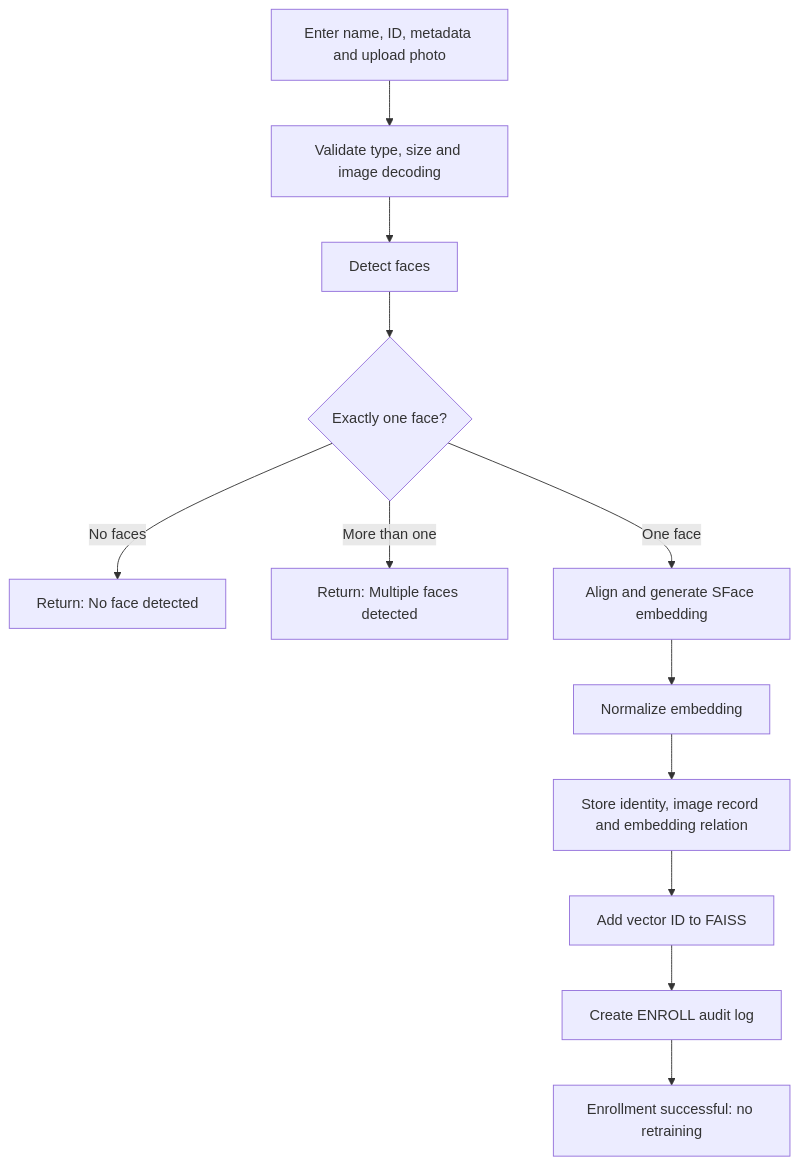
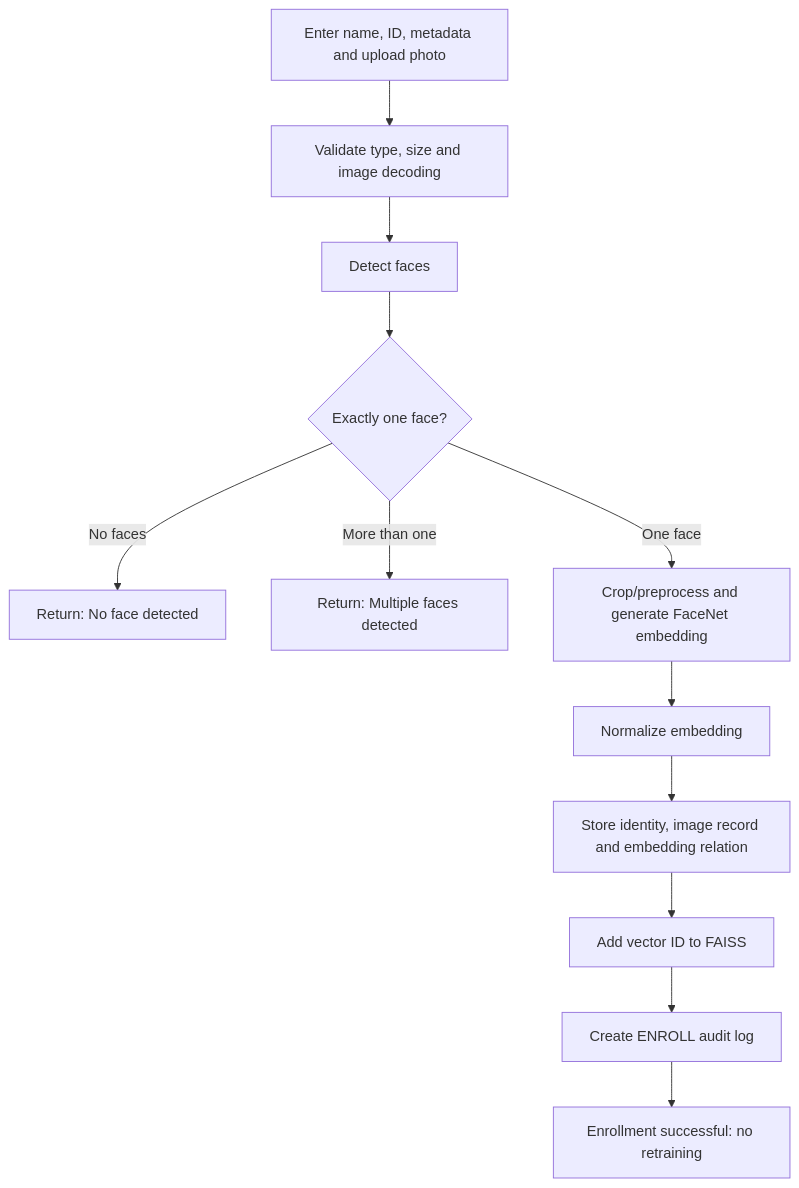
The third of 6 diagrams in README.md (Vedulaudayeaswar/faceview), drawn with Mermaid before and after one commit. The commit also changed other lines of this file and 15 other files, not shown here.

Commit message:
Replace YuNet SFace pipeline with YOLO FaceNet

````diff
--- a/README.md
+++ b/README.md
@@ -200,14 +206,14 @@
 ```mermaid
 flowchart TD
     A[Enter name, ID, metadata and upload photo] --> B[Validate type, size and image decoding]
     B --> C[Detect faces]
     C --> D{Exactly one face?}
     D -->|No faces| E[Return: No face detected]
     D -->|More than one| F[Return: Multiple faces detected]
-    D -->|One face| G[Align and generate SFace embedding]
+    D -->|One face| G[Crop/preprocess and generate FaceNet embedding]
     G --> H[Normalize embedding]
     H --> I[Store identity, image record and embedding relation]
     I --> J[Add vector ID to FAISS]
     J --> K[Create ENROLL audit log]
     K --> L[Enrollment successful: no retraining]
 ```
````
